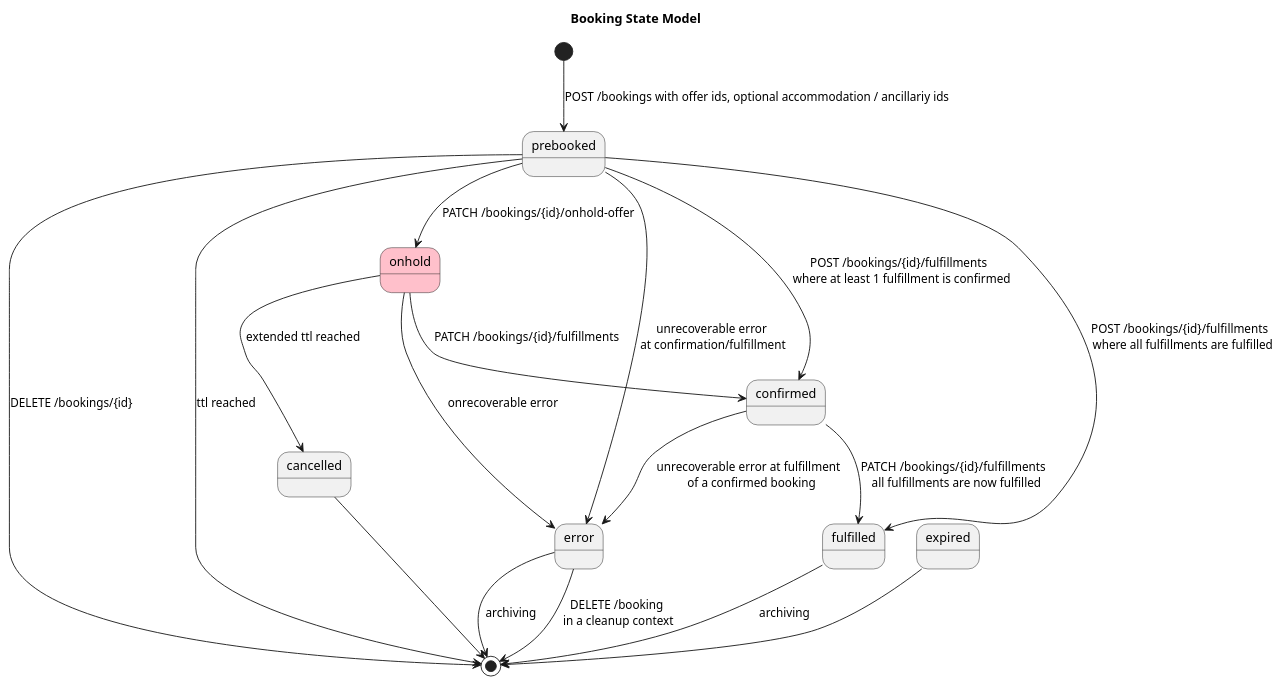
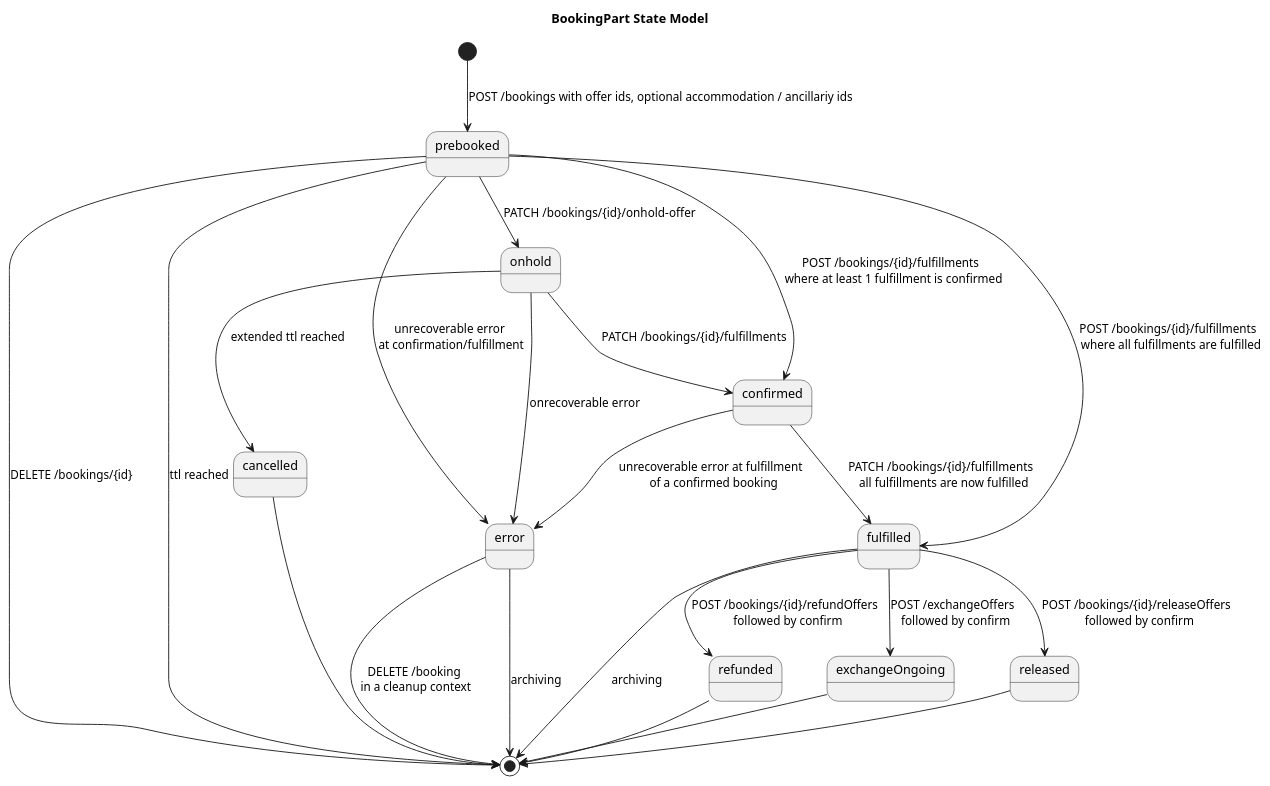
One commit to UnionInternationalCheminsdeFer/OSDM changed the diagram in images/models/booking-state-model.puml. Above: the diagram before and after it, drawn with PlantUML.

Commit message:
added refunded, exchangeOngoing & released state

```diff
--- a/images/models/booking-state-model.puml
+++ b/images/models/booking-state-model.puml
@@ -1,25 +1,36 @@
 @startuml
 
-title "Booking State Model"
-
-state onhold #pink
+title "BookingPart State Model"
 
 [*] --> prebooked : POST /bookings with offer ids, optional accommodation / ancillariy ids
 prebooked --> confirmed: POST /bookings/{id}/fulfillments \n where at least 1 fulfillment is confirmed
 prebooked --> [*]: DELETE /bookings/{id}
 prebooked --> [*]: ttl reached
 prebooked --> error: unrecoverable error \nat confirmation/fulfillment
 prebooked --> fulfilled: POST /bookings/{id}/fulfillments \n where all fulfillments are fulfilled
 prebooked --> onhold: PATCH /bookings/{id}/onhold-offer
+
 onhold --> confirmed: PATCH /bookings/{id}/fulfillments
 onhold --> cancelled: extended ttl reached
-cancelled --> [*]
 onhold --> error: onrecoverable error 
-expired --> [*]
+
 confirmed --> fulfilled: PATCH /bookings/{id}/fulfillments \n all fulfillments are now fulfilled
 confirmed --> error: unrecoverable error at fulfillment \n of a confirmed booking
+
+fulfilled --> refunded: POST /bookings/{id}/refundOffers \n followed by confirm
+fulfilled --> exchangeOngoing: POST /exchangeOffers \n followed by confirm
+fulfilled --> released: POST /bookings/{id}/releaseOffers \n followed by confirm
 fulfilled --> [*] : archiving
+
+cancelled --> [*]
+
+refunded --> [*]
+
+exchangeOngoing --> [*]
+
+released --> [*]
+
 error --> [*] : DELETE /booking \nin a cleanup context
 error --> [*] : archiving
 
 @enduml
```
